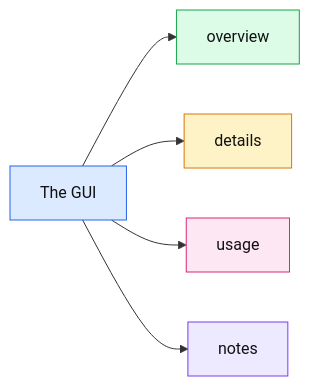
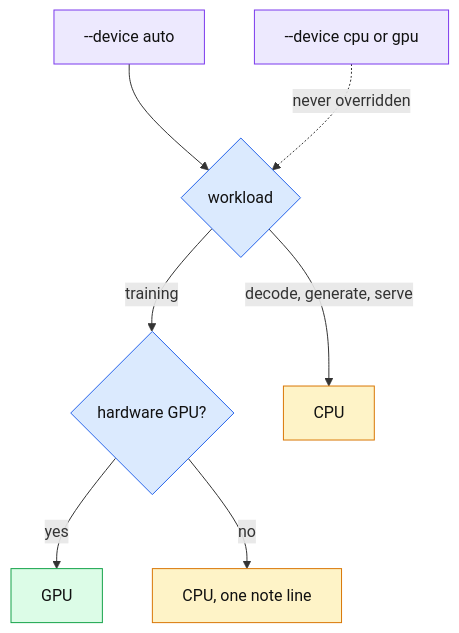
One commit to thomascherickal/ferrum-gpu changed the ninth of 21 diagrams in readme.md. Above: the diagram before and after it, drawn with Mermaid. The commit also changed other lines of this file and 4 other files, not shown here.

First line of the commit message:
docs: hand-drawn data-flow diagrams for the readme, architecture and GUI pages

````diff
--- a/readme.md
+++ b/readme.md
@@ -261,13 +251,14 @@
 ```mermaid
-flowchart LR
-    a["The GUI"]:::root
-    a --> n0["overview"]:::c0
-    a --> n1["details"]:::c1
-    a --> n2["usage"]:::c2
-    a --> n3["notes"]:::c3
-    classDef root fill:#dbeafe,stroke:#2563eb,color:#111
-    classDef c0 fill:#dcfce7,stroke:#16a34a,color:#111
-    classDef c1 fill:#fef3c7,stroke:#d97706,color:#111
-    classDef c2 fill:#fce7f3,stroke:#db2777,color:#111
-    classDef c3 fill:#ede9fe,stroke:#7c3aed,color:#111
+flowchart TD
+    r["--device auto"]:::host --> w{"workload"}:::core
+    w -- training --> h{"hardware GPU?"}:::core
+    h -- yes --> g["GPU"]:::gpu
+    h -- no --> c["CPU, one note line"]:::cpu
+    w -- "decode, generate, serve" --> c2["CPU"]:::cpu
+    n["--device cpu or gpu"]:::host -. "never overridden" .-> w
+    classDef core fill:#dbeafe,stroke:#2563eb,color:#111
+    classDef gpu fill:#dcfce7,stroke:#16a34a,color:#111
+    classDef cpu fill:#fef3c7,stroke:#d97706,color:#111
+    classDef io fill:#fce7f3,stroke:#db2777,color:#111
+    classDef host fill:#ede9fe,stroke:#7c3aed,color:#111
 ```
````
